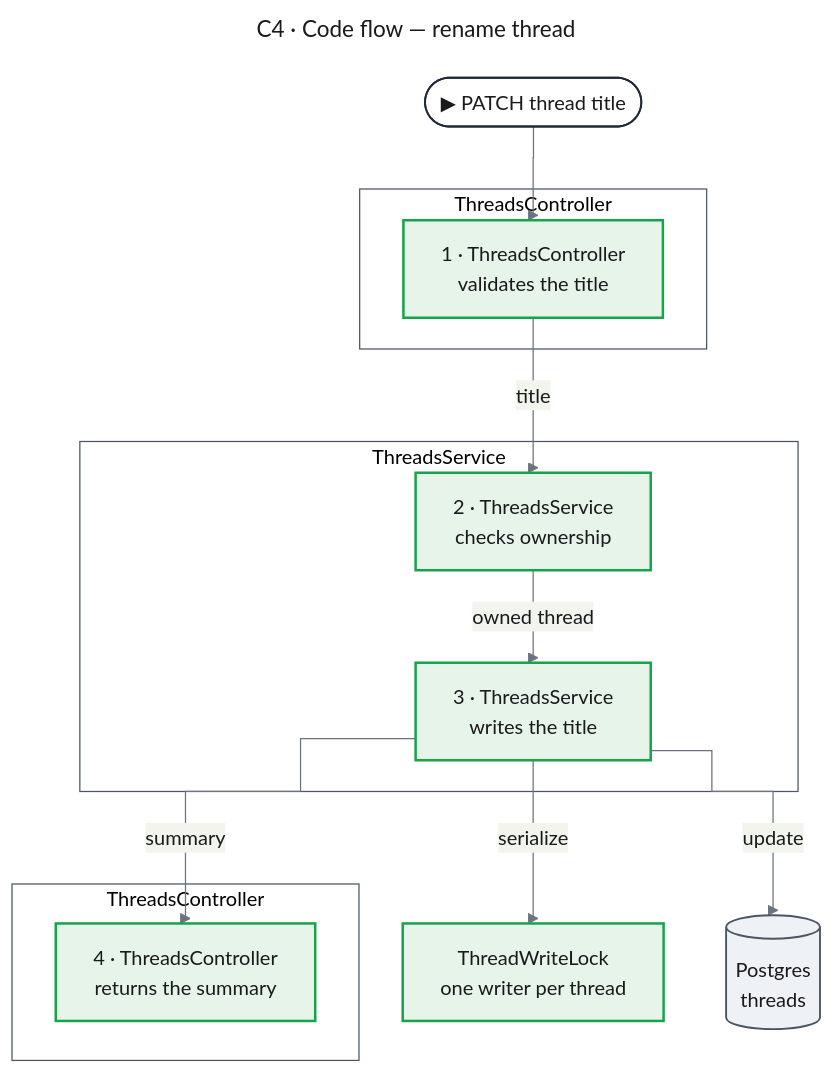
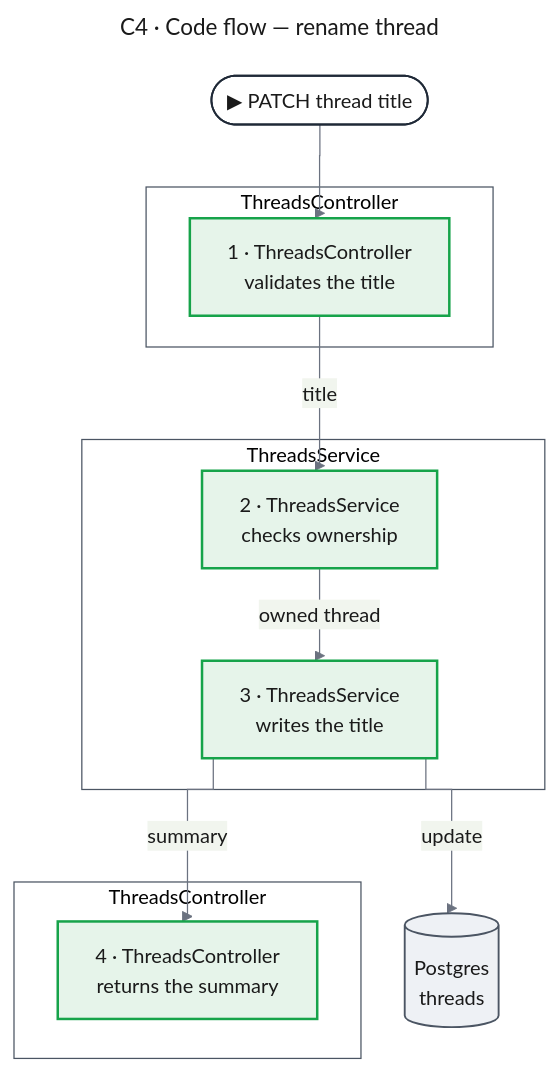
One commit to tundraray/overture changed the diagram in skills/mermaid-diagrams/references/c4-levels.md. Above: the diagram before and after it, drawn with Mermaid. The commit also changed other lines of this file and 156 other files, not shown here.

````diff
--- a/skills/mermaid-diagrams/references/c4-levels.md
+++ b/skills/mermaid-diagrams/references/c4-levels.md
@@ -61,43 +61,41 @@
 ```mermaid
 ---
 title: "C4 · Code flow — rename thread"
 config:
   theme: base
   look: classic
   themeVariables:
     primaryColor: "#eef1f5"
     primaryBorderColor: "#4b5563"
     primaryTextColor: "#1a1a1a"
     lineColor: "#6b7280"
   flowchart:
     curve: step
 ---
 flowchart TB
     entry(["▶ PATCH thread title"])
     subgraph ctl["ThreadsController"]
         s1["1 · ThreadsController<br/>validates the title"]
     end
     subgraph svc["ThreadsService"]
         s2["2 · ThreadsService<br/>checks ownership"]
         s3["3 · ThreadsService<br/>writes the title"]
     end
     subgraph ctl_back["ThreadsController"]
         s4["4 · ThreadsController<br/>returns the summary"]
     end
-    lock["ThreadWriteLock<br/>one writer per thread"]
     mem[("Postgres<br/>threads")]
     entry --> s1
     s1 -->|"title"| s2
     s2 -->|"owned thread"| s3
-    s3 -->|"serialize"| lock
     s3 -->|"update"| mem
     s3 -->|"summary"| s4
     classDef entry fill:#ffffff,stroke:#1f2937,stroke-width:1.5px,color:#1a1a1a
     classDef new fill:#e6f4ea,stroke:#16a34a,stroke-width:2px,color:#1a1a1a
     classDef unchanged fill:#eef1f5,stroke:#4b5563,stroke-width:1.5px,color:#1a1a1a
     classDef frame fill:none,stroke:#4b5563,stroke-width:1px
     class entry entry
-    class s1,s2,s3,s4,lock new
+    class s1,s2,s3,s4 new
     class mem unchanged
     class ctl,svc,ctl_back frame
 ```
````
